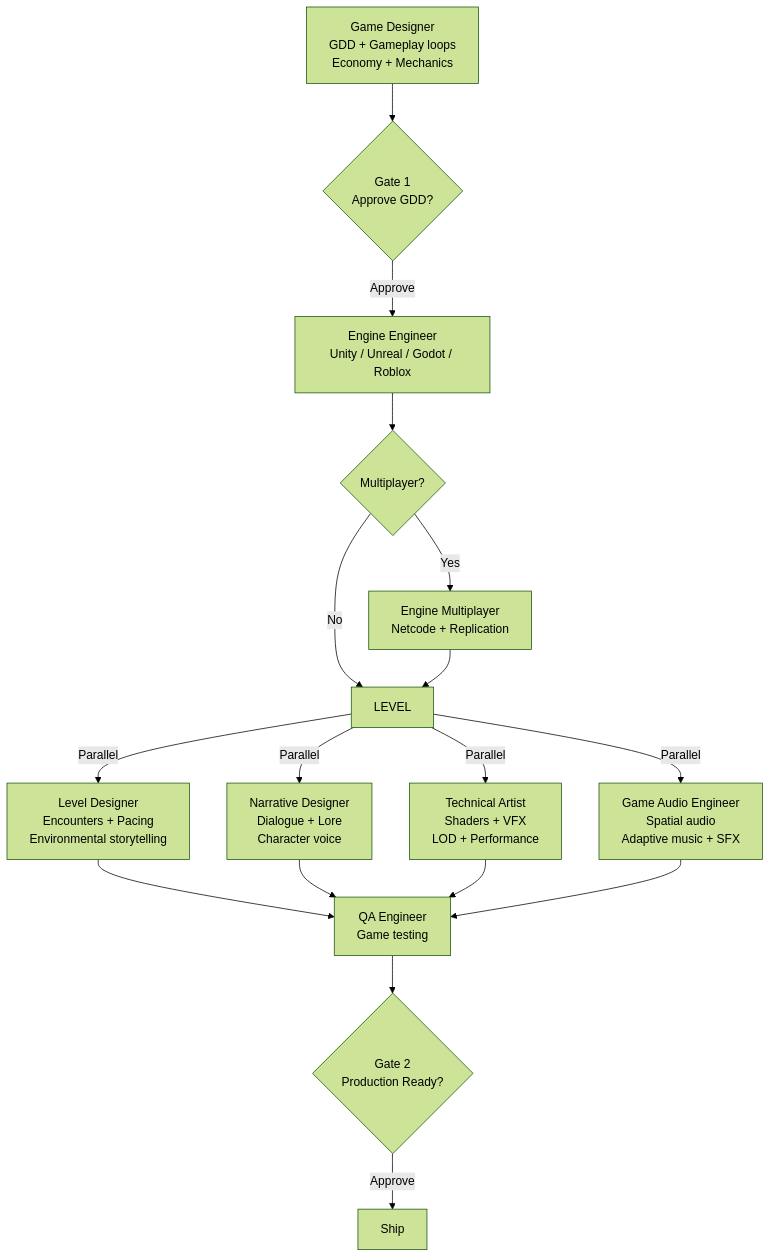
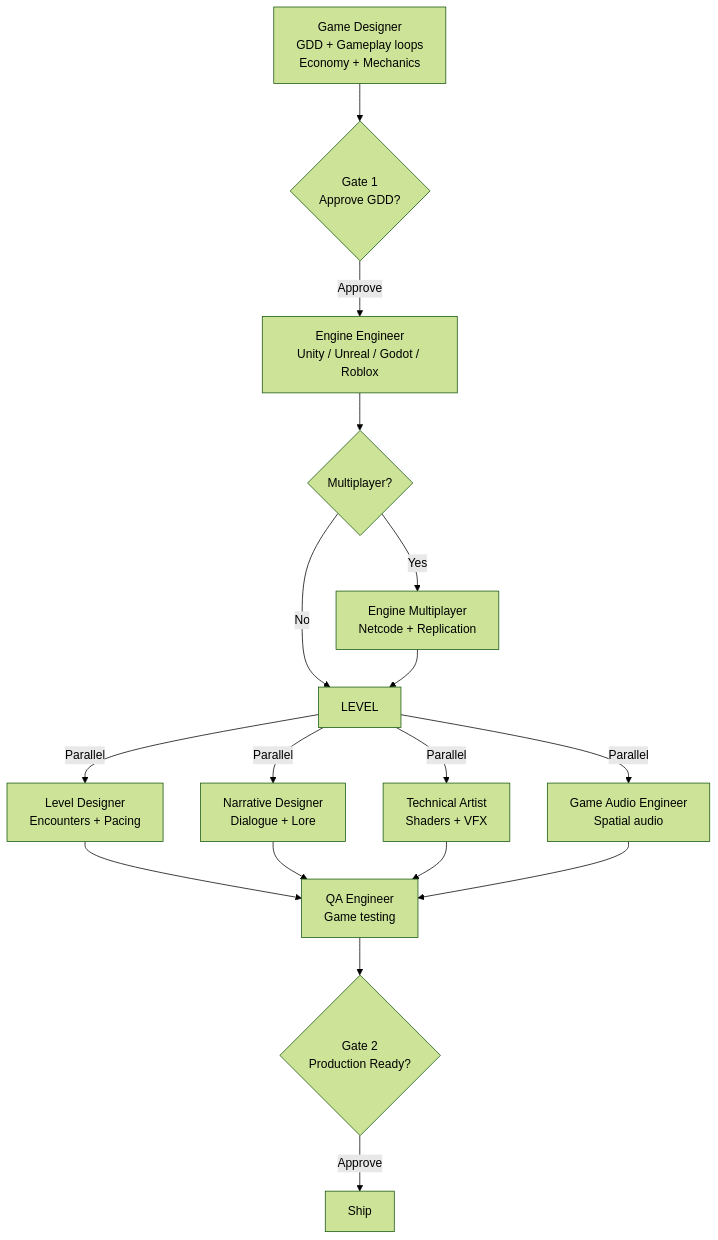
One commit to buiphucminhtam/forgewright changed the third of 7 diagrams in README.md. Above: the diagram before and after it, drawn with Mermaid (forest theme). The commit also changed other lines of this file and 1 other file, not shown here.

````diff
--- a/README.md
+++ b/README.md
@@ -486,19 +620,19 @@
 ```mermaid
 flowchart TD
     G1["Game Designer<br/>GDD + Gameplay loops<br/>Economy + Mechanics"] --> G2{"Gate 1<br/>Approve GDD?"}
     G2 -->|Approve| ENG["Engine Engineer<br/>Unity / Unreal / Godot / Roblox"]
     ENG --> PAR{"Multiplayer?"}
     PAR -->|Yes| MP["Engine Multiplayer<br/>Netcode + Replication"]
     PAR -->|No| LEVEL
     MP --> LEVEL
-    LEVEL -->|"Parallel"| LD["Level Designer<br/>Encounters + Pacing<br/>Environmental storytelling"]
-    LEVEL -->|"Parallel"| NAR["Narrative Designer<br/>Dialogue + Lore<br/>Character voice"]
-    LEVEL -->|"Parallel"| TA["Technical Artist<br/>Shaders + VFX<br/>LOD + Performance"]
-    LEVEL -->|"Parallel"| GA["Game Audio Engineer<br/>Spatial audio<br/>Adaptive music + SFX"]
+    LEVEL -->|"Parallel"| LD["Level Designer<br/>Encounters + Pacing"]
+    LEVEL -->|"Parallel"| NAR["Narrative Designer<br/>Dialogue + Lore"]
+    LEVEL -->|"Parallel"| TA["Technical Artist<br/>Shaders + VFX"]
+    LEVEL -->|"Parallel"| GA["Game Audio Engineer<br/>Spatial audio"]
     LD --> QA["QA Engineer<br/>Game testing"]
     NAR --> QA
     TA --> QA
     GA --> QA
     QA --> G3{"Gate 2<br/>Production Ready?"}
     G3 -->|Approve| SHIP["Ship"]
 ```
````
